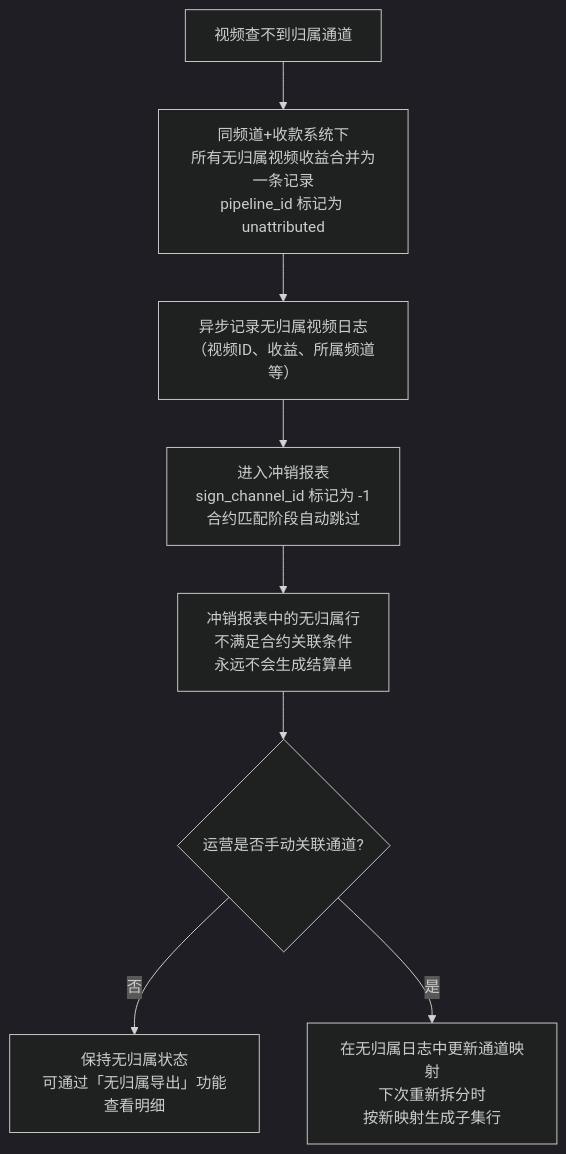
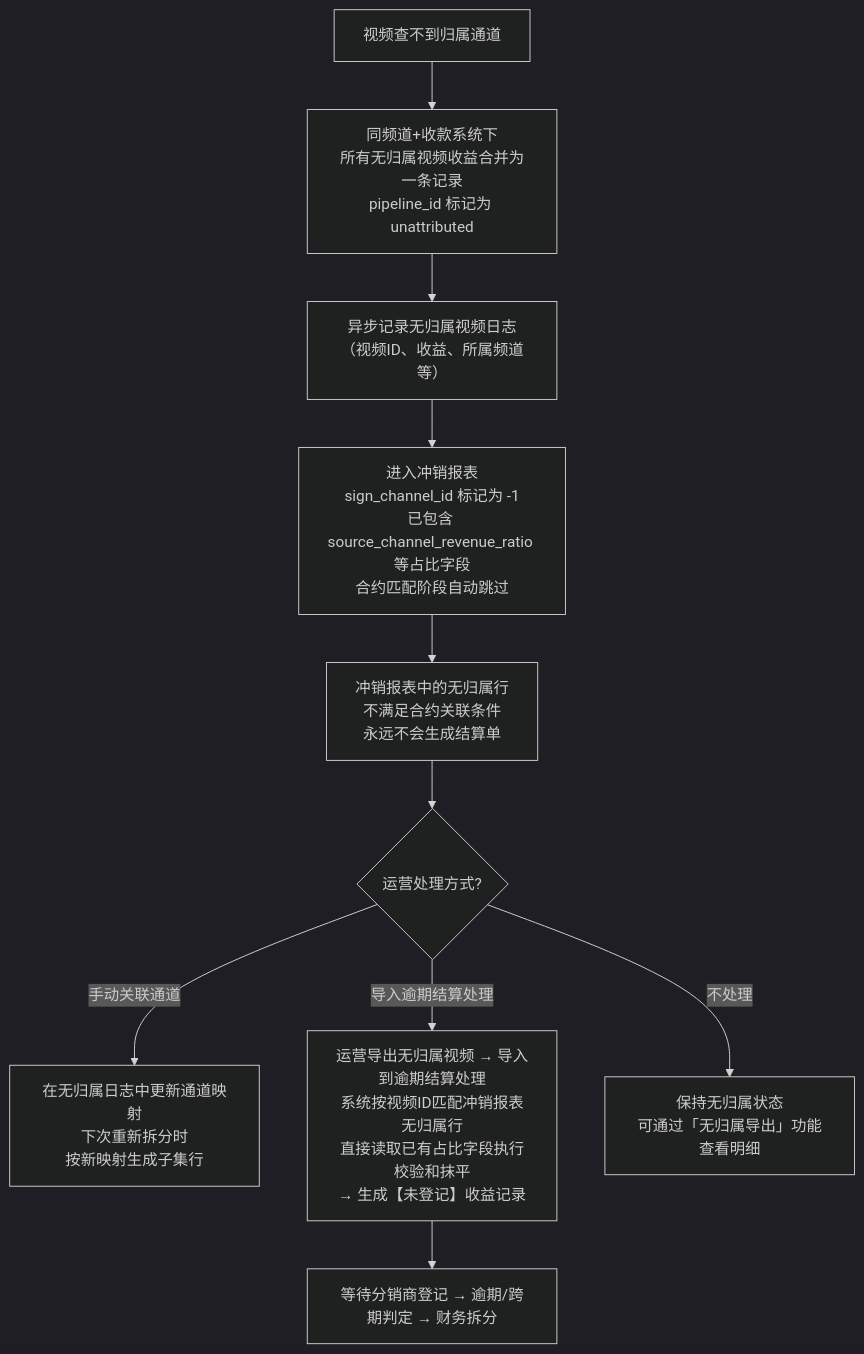
Before and after one commit to small-yan-1102/xiaowu-cloud-platform: the seventh of 9 diagrams in systems/结算系统/knowledge/YT核算业务流程概览.md, drawn with Mermaid (dark theme). The commit also changed other lines of this file and 36 other files, not shown here.

````diff
--- a/systems/结算系统/knowledge/YT核算业务流程概览.md
+++ b/systems/结算系统/knowledge/YT核算业务流程概览.md
@@ -247,10 +247,12 @@
 ```mermaid
 graph TB
     A["视频查不到归属通道"] --> B["同频道+收款系统下\n所有无归属视频收益合并为一条记录\npipeline_id 标记为 unattributed"]
     B --> C["异步记录无归属视频日志\n（视频ID、收益、所属频道等）"]
-    C --> D["进入冲销报表\nsign_channel_id 标记为 -1\n合约匹配阶段自动跳过"]
+    C --> D["进入冲销报表\nsign_channel_id 标记为 -1\n已包含 source_channel_revenue_ratio 等占比字段\n合约匹配阶段自动跳过"]
     D --> E["冲销报表中的无归属行\n不满足合约关联条件\n永远不会生成结算单"]
-    E --> F{"运营是否手动关联通道?"}
-    F -->|"否"| G["保持无归属状态\n可通过「无归属导出」功能查看明细"]
-    F -->|"是"| H["在无归属日志中更新通道映射\n下次重新拆分时\n按新映射生成子集行"]
+    E --> F{"运营处理方式?"}
+    F -->|"手动关联通道"| H["在无归属日志中更新通道映射\n下次重新拆分时\n按新映射生成子集行"]
+    F -->|"导入逾期结算处理"| I["运营导出无归属视频 → 导入到逾期结算处理\n系统按视频ID匹配冲销报表无归属行\n直接读取已有占比字段执行校验和抹平\n→ 生成【未登记】收益记录"]
+    F -->|"不处理"| G["保持无归属状态\n可通过「无归属导出」功能查看明细"]
+    I --> J["等待分销商登记 → 逾期/跨期判定 → 财务拆分"]
 ```
````
